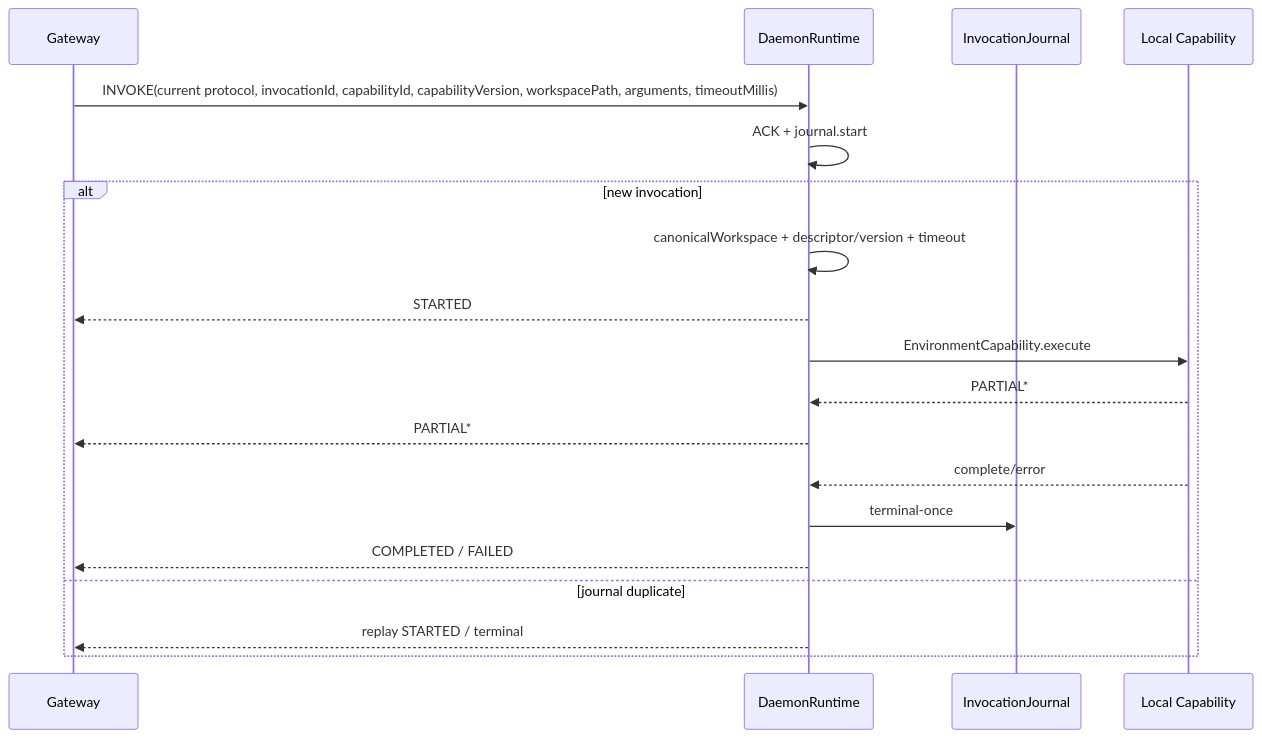
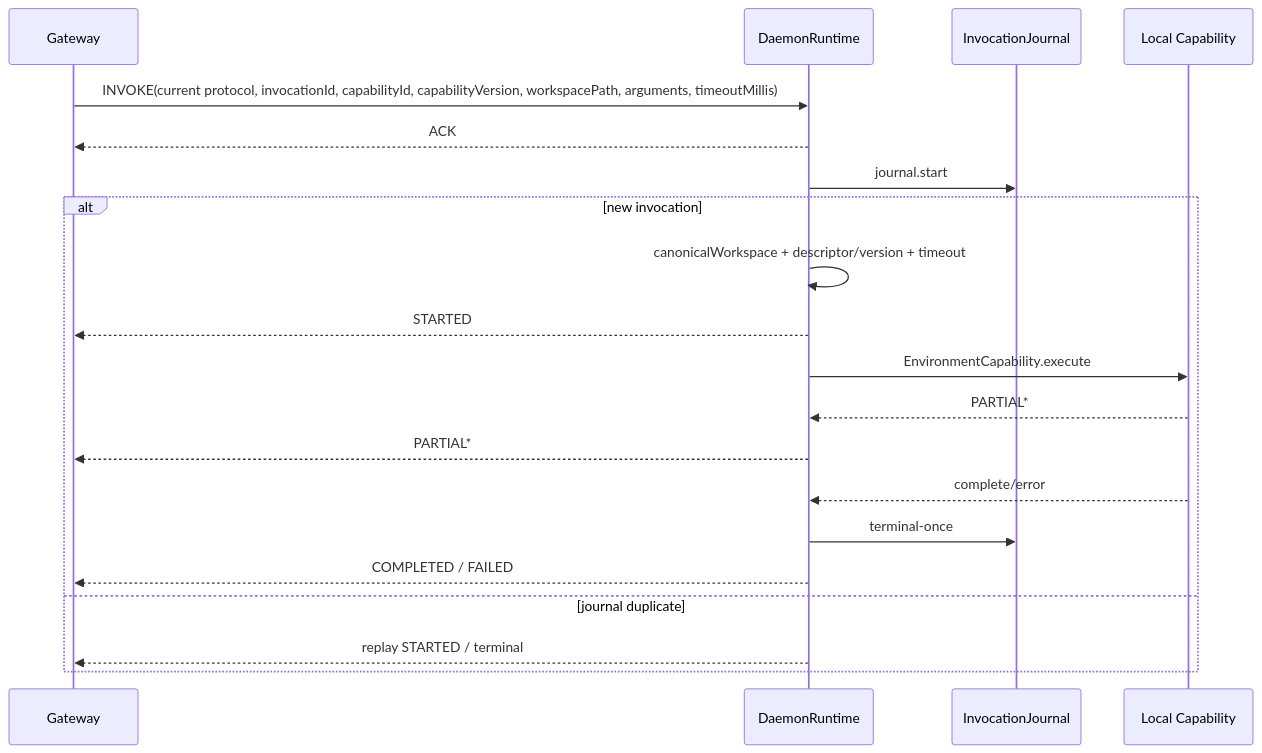
The diagram in docs/modules/harness-daemon.md (fengwk/kk-studio), drawn with Mermaid before and after one commit. The commit also changed other lines of this file and 132 other files, not shown here.

````diff
--- a/docs/modules/harness-daemon.md
+++ b/docs/modules/harness-daemon.md
@@ -173,21 +172,22 @@
 ```mermaid
 sequenceDiagram
   participant G as Gateway
   participant D as DaemonRuntime
   participant J as InvocationJournal
   participant C as Local Capability
   G->>D: INVOKE(current protocol, invocationId, capabilityId, capabilityVersion, workspacePath, arguments, timeoutMillis)
-  D->>D: ACK + journal.start
+  D-->>G: ACK
+  D->>J: journal.start
   alt new invocation
     D->>D: canonicalWorkspace + descriptor/version + timeout
     D-->>G: STARTED
     D->>C: EnvironmentCapability.execute
     C-->>D: PARTIAL*
     D-->>G: PARTIAL*
     C-->>D: complete/error
     D->>J: terminal-once
     D-->>G: COMPLETED / FAILED
   else journal duplicate
     D-->>G: replay STARTED / terminal
   end
 ```
````
